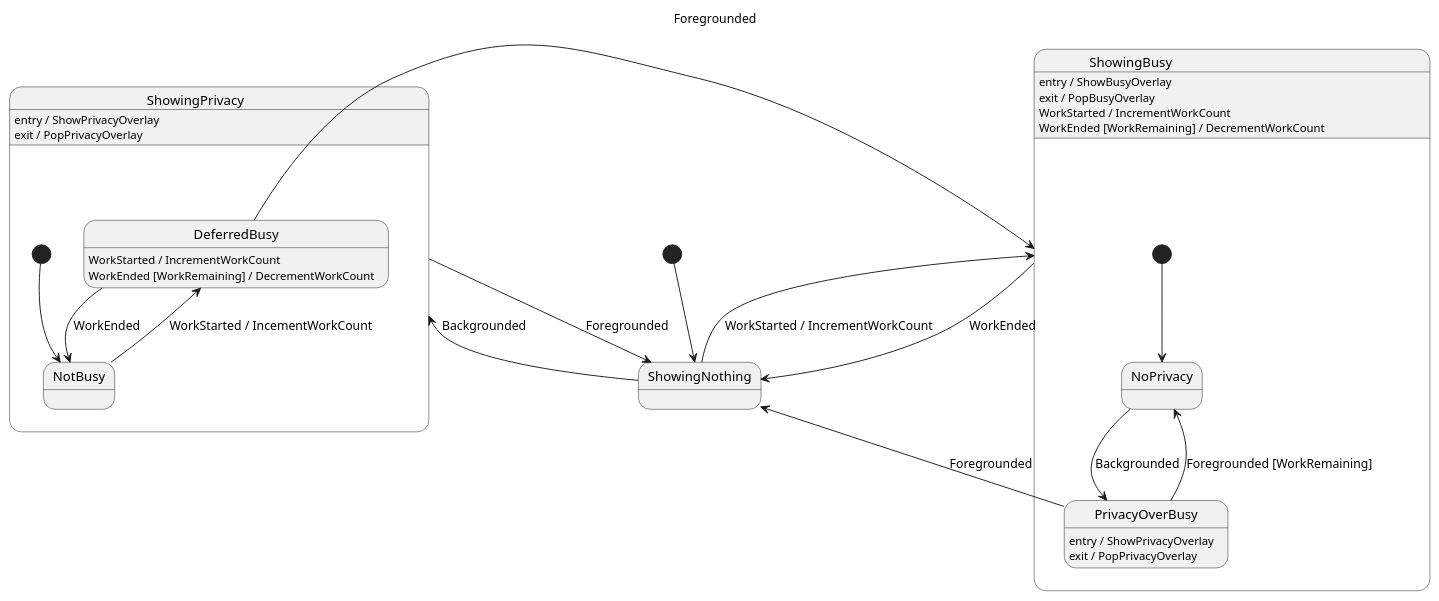
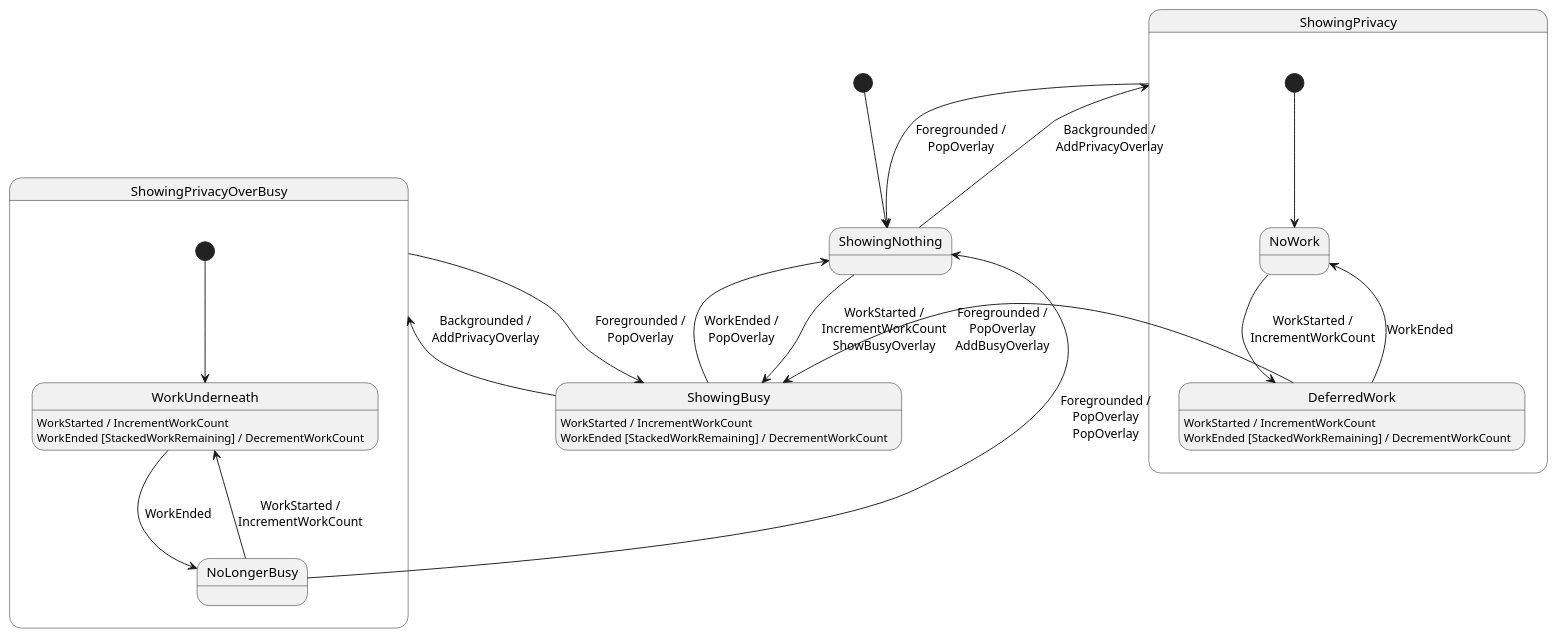
Before and after one commit to davidaramant/state-machine-examples: the diagram in src/Examples/Overlays/overlays.wsd, drawn with PlantUML. The commit also changed 9 other files, not shown here.

```diff
--- a/src/Examples/Overlays/overlays.wsd
+++ b/src/Examples/Overlays/overlays.wsd
@@ -1,50 +1,48 @@
 @startuml "Overlays"
 
 ' WorkStarted
 ' WorkEnded
 ' Backgrounded
 ' Foregrounded
 
 state ShowingNothing
-
-state ShowingBusy {
-    ShowingBusy : entry / ShowBusyOverlay
-    ShowingBusy : exit / PopBusyOverlay
-    ShowingBusy : WorkStarted / IncrementWorkCount
-    ShowingBusy : WorkEnded [WorkRemaining] / DecrementWorkCount
-    state NoPrivacy
-    state PrivacyOverBusy {
-        PrivacyOverBusy : entry / ShowPrivacyOverlay
-        PrivacyOverBusy : exit / PopPrivacyOverlay
-    }
-
-    [*] --> NoPrivacy
-    NoPrivacy --> PrivacyOverBusy : Backgrounded
-    PrivacyOverBusy --> NoPrivacy : Foregrounded [WorkRemaining]
-    PrivacyOverBusy --> ShowingNothing : Foregrounded
-}
+state ShowingBusy
+ShowingBusy : WorkStarted / IncrementWorkCount
+ShowingBusy : WorkEnded [StackedWorkRemaining] / DecrementWorkCount
 
 state ShowingPrivacy {
-    ShowingPrivacy : entry / ShowPrivacyOverlay
-    ShowingPrivacy : exit / PopPrivacyOverlay
-    state NotBusy
-    state DeferredBusy
+    state NoWork
+    state DeferredWork
+    DeferredWork : WorkStarted / IncrementWorkCount
+    DeferredWork : WorkEnded [StackedWorkRemaining] / DecrementWorkCount
 
-    [*] --> NotBusy
-    NotBusy --> DeferredBusy : WorkStarted / IncementWorkCount
-    DeferredBusy --> NotBusy : WorkEnded
-    DeferredBusy : WorkStarted / IncrementWorkCount
-    DeferredBusy : WorkEnded [WorkRemaining] / DecrementWorkCount
+    [*] --> NoWork
+    NoWork --> DeferredWork : WorkStarted /\nIncrementWorkCount
+    DeferredWork --> NoWork : WorkEnded
+}
+state ShowingPrivacyOverBusy {
+    state WorkUnderneath
+    WorkUnderneath : WorkStarted / IncrementWorkCount
+    WorkUnderneath : WorkEnded [StackedWorkRemaining] / DecrementWorkCount
+    state NoLongerBusy
 
-    DeferredBusy -> ShowingBusy : Foregrounded
+    [*] --> WorkUnderneath
+    WorkUnderneath --> NoLongerBusy : WorkEnded
+    NoLongerBusy --> WorkUnderneath : WorkStarted /\nIncrementWorkCount
 }
 
 [*] --> ShowingNothing
 
-ShowingNothing --> ShowingBusy : WorkStarted / IncrementWorkCount
-ShowingBusy --> ShowingNothing : WorkEnded
+ShowingNothing --> ShowingBusy : WorkStarted /\nIncrementWorkCount\nShowBusyOverlay
+ShowingBusy --> ShowingNothing : WorkEnded /\nPopOverlay
 
-ShowingNothing --> ShowingPrivacy : Backgrounded
-ShowingPrivacy --> ShowingNothing : Foregrounded
+ShowingNothing --> ShowingPrivacy : Backgrounded /\nAddPrivacyOverlay
+ShowingPrivacy --> ShowingNothing : Foregrounded /\nPopOverlay
+DeferredWork --> ShowingBusy : Foregrounded /\nPopOverlay\nAddBusyOverlay
+
+ShowingBusy --> ShowingPrivacyOverBusy : Backgrounded /\nAddPrivacyOverlay
+ShowingPrivacyOverBusy --> ShowingBusy : Foregrounded /\nPopOverlay
+
+NoLongerBusy --> ShowingNothing : Foregrounded /\nPopOverlay\nPopOverlay
 
 @enduml
```
